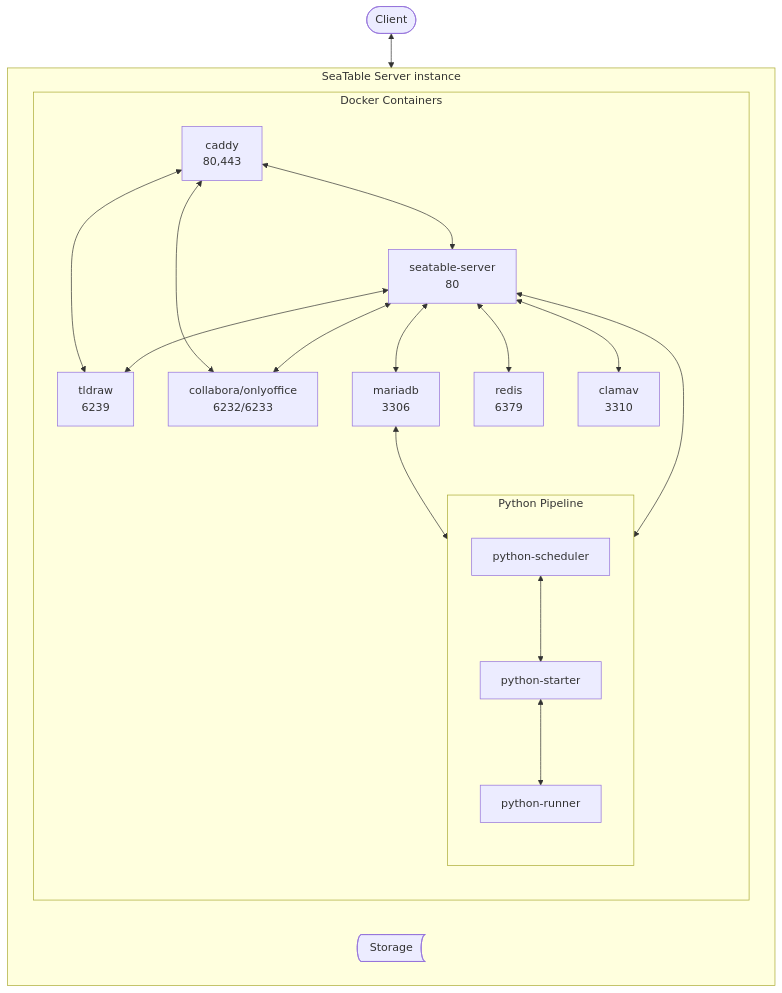
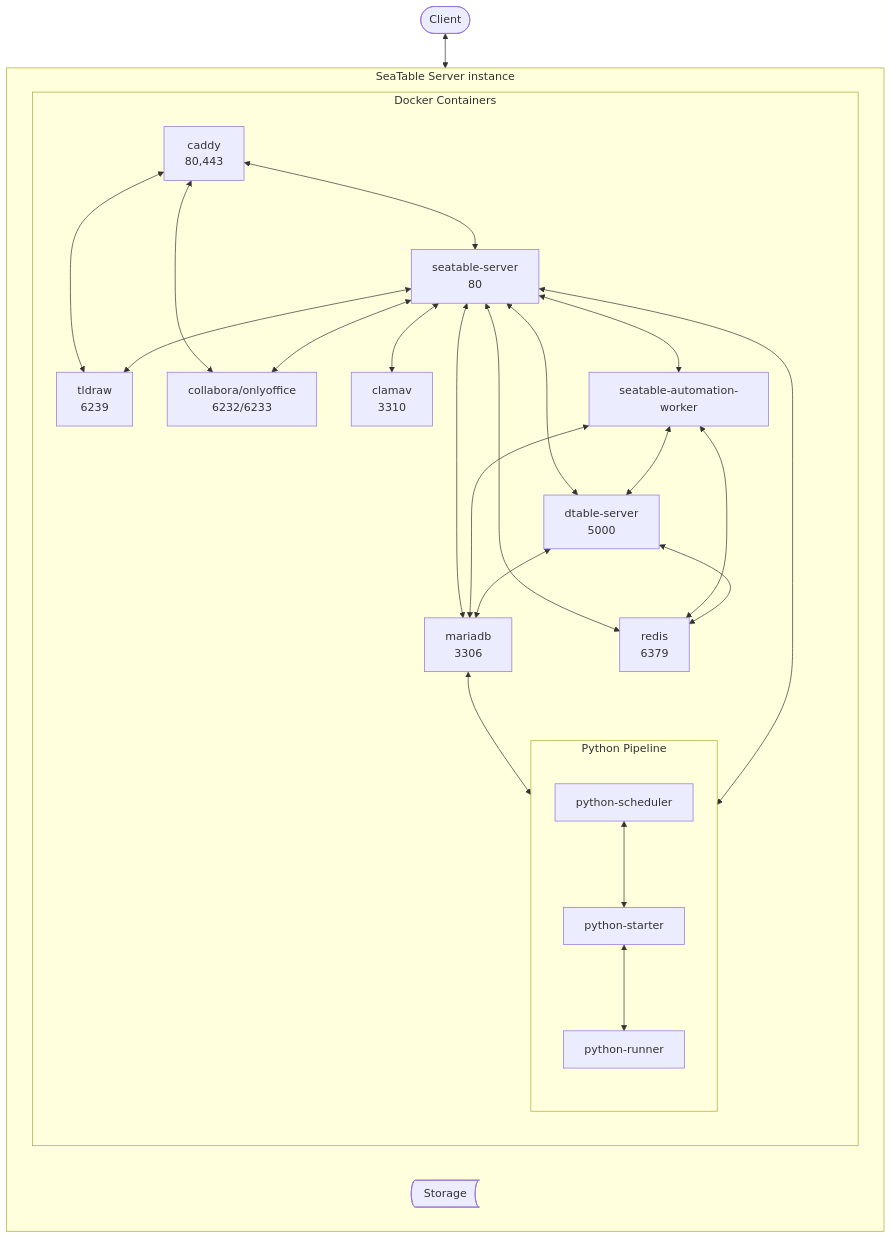
The second of 3 diagrams in docs/introduction/architecture.md (seatable/seatable-admin-docs), drawn with Mermaid before and after one commit. The commit also changed other lines of this file and 15 other files, not shown here.

````diff
--- a/docs/introduction/architecture.md
+++ b/docs/introduction/architecture.md
@@ -37,37 +46,46 @@
 ```mermaid
 flowchart TB
     Client@{ shape: pill, label: "Client"}
     Client<-->C
     subgraph s[SeaTable Server instance]
         direction LR
         subgraph d[Docker Containers]
             direction TB
             C[caddy<br/>80,443]
             SS[seatable-server<br/>80]
             MDB[mariadb<br/>3306]
             R[redis<br/>6379]
             OO[collabora/onlyoffice<br/>6232/6233]
             Tld[tldraw<br/>6239]
             CAV[clamav<br/>3310]
             PSc[python-scheduler]
             PSt[python-starter]
             PR[python-runner]
+            AW[seatable-automation-worker]
+            DS[dtable-server<br/>5000]
             C<-->SS
             C<-->Tld
             C<-->OO
             SS<-->MDB
             MDB<-->PSc
                subgraph p[Python Pipeline]
                   direction TB
                   PSc<-->PSt
                   PSt<-->PR
                end
             SS<-->R
             SS<-->OO
             SS<-->Tld
             SS<-->CAV
             SS<-->PSc
+            SS<-->AW
+            SS<-->DS
+            AW<-->MDB
+            AW<-->R
+            AW<-->DS
+            DS<-->MDB
+            DS<-->R
         end
         F@{ shape: bow-rect, label: "Storage"}
     end
 ```
````
